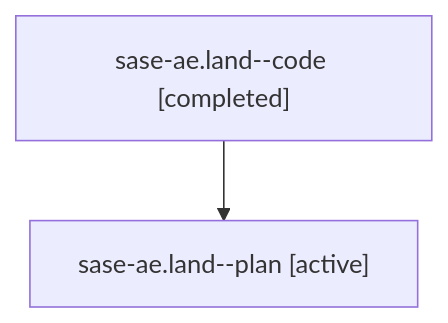
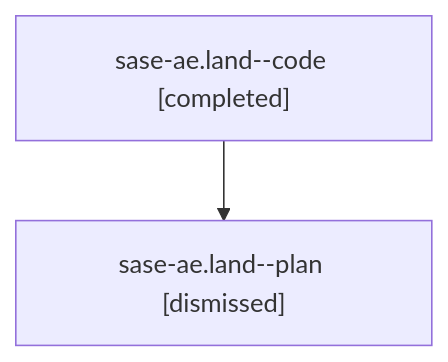
One commit to sase-org/sase--agents changed the diagram in sessions/bbugyi200.athena.sase-ae.land.md. Above: the diagram before and after it, drawn with Mermaid. The commit also changed other lines of this file and 88 other files, not shown here.

````diff
--- a/sessions/bbugyi200.athena.sase-ae.land.md
+++ b/sessions/bbugyi200.athena.sase-ae.land.md
@@ -9,6 +9,6 @@
 ```mermaid
 flowchart TD
   n0["sase-ae.land--code [completed]"]
-  n1["sase-ae.land--plan [active]"]
+  n1["sase-ae.land--plan [dismissed]"]
   n0 --> n1
 ```
````
